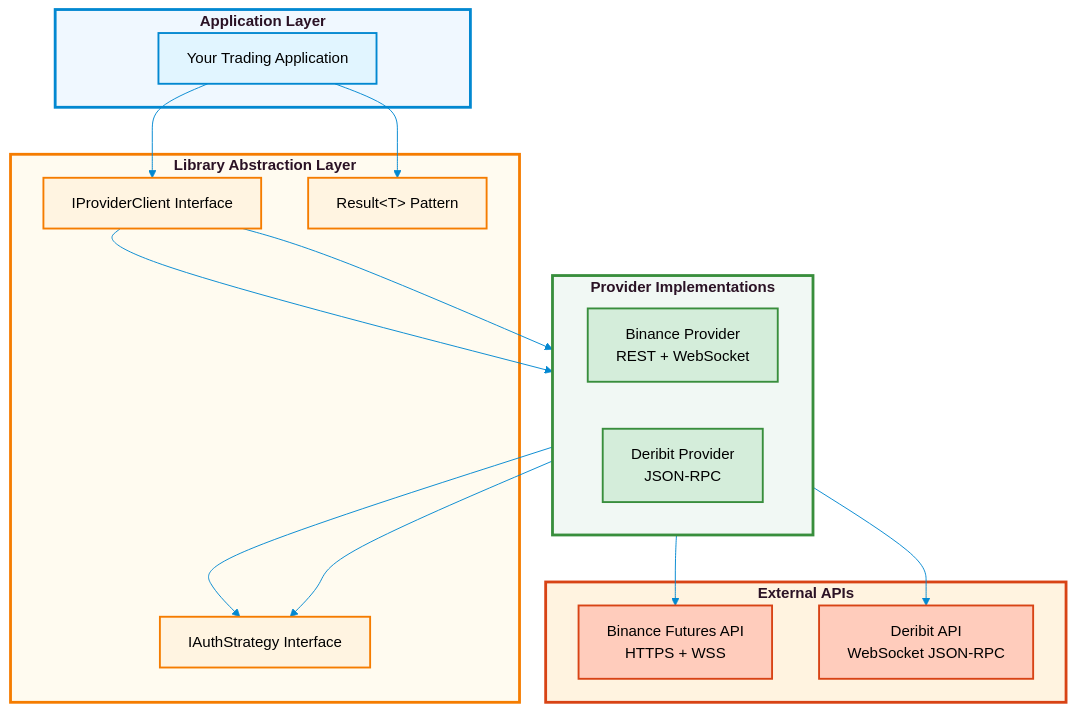
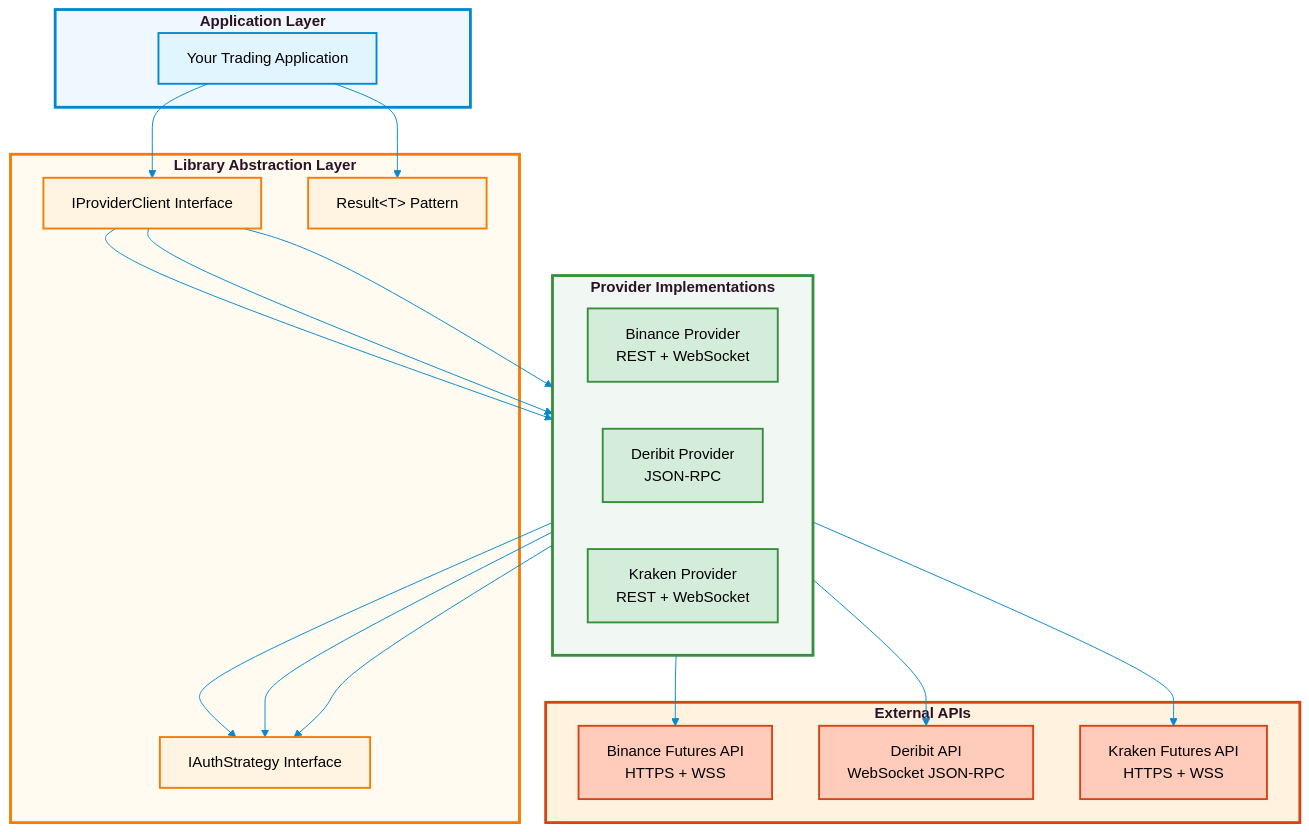
The fourth of 10 diagrams in README.md (ArmandRicheletKleinberg/Ark.Alliance.Trading.Providers.Lib), drawn with Mermaid before and after one commit. The commit also changed other lines of this file and 3 other files, not shown here.

First line of the commit message:
docs: update documentation for Kraken Futures provider

````diff
--- a/README.md
+++ b/README.md
@@ -227,46 +226,53 @@
 ```mermaid
 %%{init: {'theme':'base', 'themeVariables': { 'primaryColor':'#e1f5ff','primaryTextColor':'#000','primaryBorderColor':'#0288d1','lineColor':'#0288d1','secondaryColor':'#fff4e1','tertiaryColor':'#d4edda','noteBkgColor':'#fff9c4','noteTextColor':'#000'}}}%%
 graph TB
     subgraph AppLayer["<b>Application Layer</b>"]
         App["Your Trading Application"]
     end
     
     subgraph LibLayer["<b>Library Abstraction Layer</b>"]
         IProvider["IProviderClient Interface"]
         Result["Result&lt;T&gt; Pattern"]
         IAuth["IAuthStrategy Interface"]
     end
     
     subgraph ProviderImpl["<b>Provider Implementations</b>"]
         direction LR
         Binance["Binance Provider<br/>REST + WebSocket"]
         Deribit["Deribit Provider<br/>JSON-RPC"]
+        Kraken["Kraken Provider<br/>REST + WebSocket"]
     end
     
     subgraph ExtAPIs["<b>External APIs</b>"]
         BinanceAPI["Binance Futures API<br/>HTTPS + WSS"]
         DeribitAPI["Deribit API<br/>WebSocket JSON-RPC"]
+        KrakenAPI["Kraken Futures API<br/>HTTPS + WSS"]
     end
     
     App --> IProvider
     App --> Result
     IProvider --> Binance
     IProvider --> Deribit
+    IProvider --> Kraken
     Binance --> IAuth
     Deribit --> IAuth
+    Kraken --> IAuth
     Binance --> BinanceAPI
     Deribit --> DeribitAPI
+    Kraken --> KrakenAPI
     
     style App fill:#e1f5ff,stroke:#0288d1,stroke-width:2px,color:#000
     style IProvider fill:#fff4e1,stroke:#f57c00,stroke-width:2px,color:#000
     style Result fill:#fff4e1,stroke:#f57c00,stroke-width:2px,color:#000
     style IAuth fill:#fff4e1,stroke:#f57c00,stroke-width:2px,color:#000
     style Binance fill:#d4edda,stroke:#388e3c,stroke-width:2px,color:#000
     style Deribit fill:#d4edda,stroke:#388e3c,stroke-width:2px,color:#000
+    style Kraken fill:#d4edda,stroke:#388e3c,stroke-width:2px,color:#000
     style BinanceAPI fill:#ffccbc,stroke:#d84315,stroke-width:2px,color:#000
     style DeribitAPI fill:#ffccbc,stroke:#d84315,stroke-width:2px,color:#000
+    style KrakenAPI fill:#ffccbc,stroke:#d84315,stroke-width:2px,color:#000
     style AppLayer fill:#f0f8ff,stroke:#0288d1,stroke-width:3px
     style LibLayer fill:#fffbf0,stroke:#f57c00,stroke-width:3px
     style ProviderImpl fill:#f1f8f4,stroke:#388e3c,stroke-width:3px
     style ExtAPIs fill:#fff3e0,stroke:#d84315,stroke-width:3px
 ```
````
